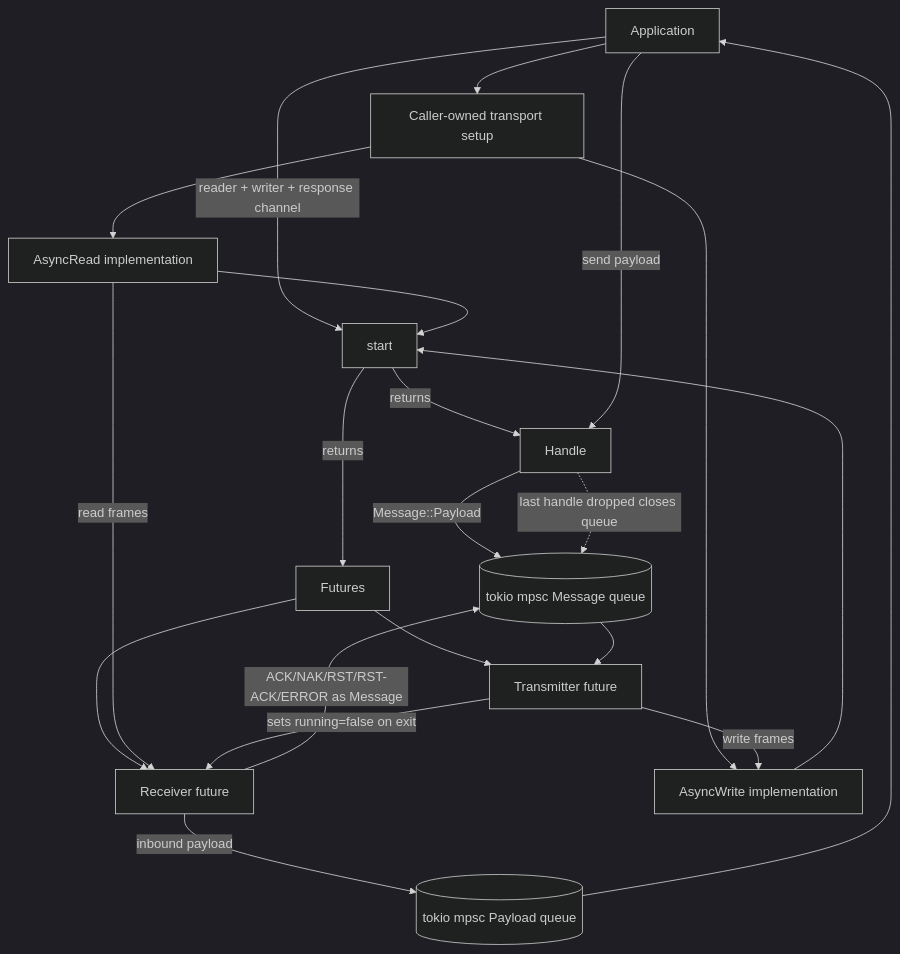
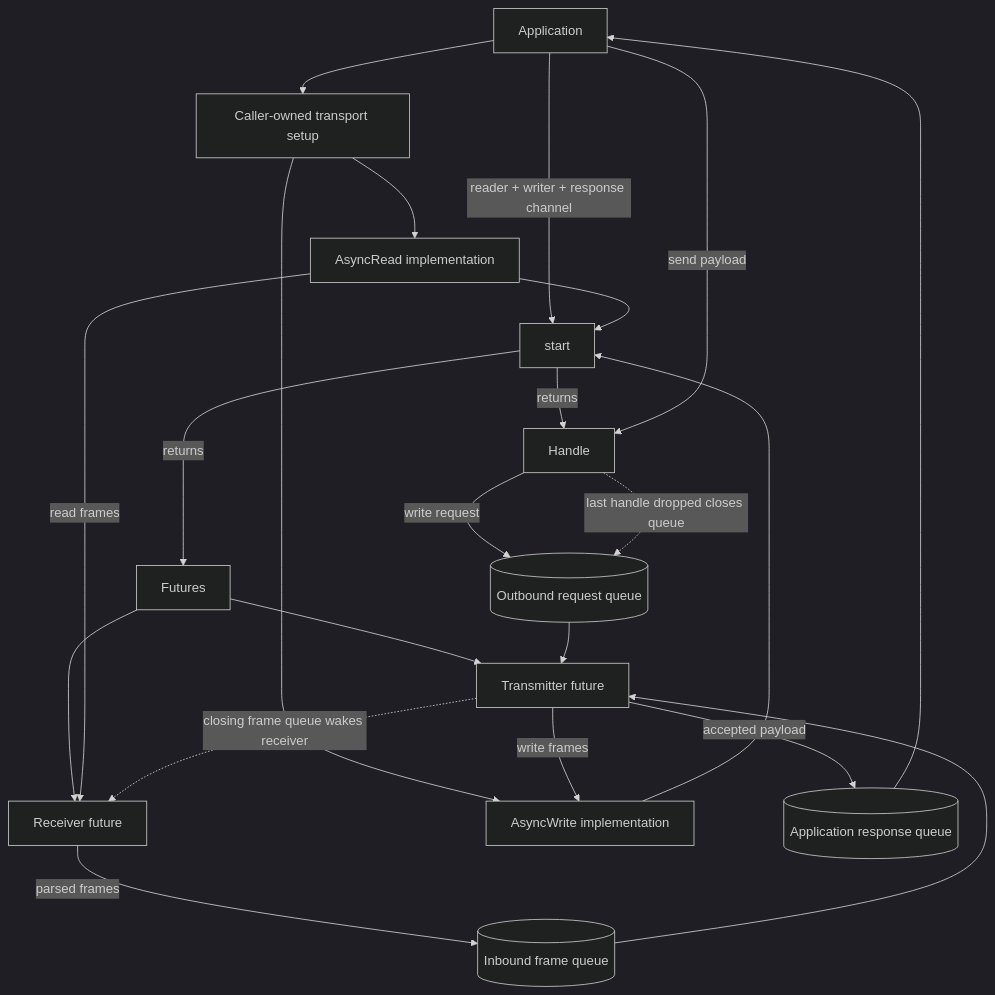
One commit to PaulmannLighting/ashv2 changed the first of 6 diagrams in ARCHITECTURE.md. Above: the diagram before and after it, drawn with Mermaid (dark theme). The commit also changed other lines of this file and 18 other files, not shown here.

````diff
--- a/ARCHITECTURE.md
+++ b/ARCHITECTURE.md
@@ -23,35 +24,37 @@
 ```mermaid
 flowchart TD
     App[Application]
     Transport[Caller-owned transport setup]
     Start[start]
     Handle[Handle]
     Futures[Futures]
     Tx[Transmitter future]
     Rx[Receiver future]
     Reader[AsyncRead implementation]
     Writer[AsyncWrite implementation]
-    MsgQ[(tokio mpsc Message queue)]
-    RespQ[(tokio mpsc Payload queue)]
+    MsgQ[(Outbound request queue)]
+    FrameQ[(Inbound frame queue)]
+    RespQ[(Application response queue)]
 
     App --> Transport
     Transport --> Reader
     Transport --> Writer
     App -->|reader + writer + response channel| Start
     Reader --> Start
     Writer --> Start
     Start -->|returns| Handle
     Start -->|returns| Futures
     Futures --> Tx
     Futures --> Rx
     App -->|send payload| Handle
-    Handle -->|Message::Payload| MsgQ
+    Handle -->|write request| MsgQ
     MsgQ --> Tx
     Tx -->|write frames| Writer
     Reader -->|read frames| Rx
-    Rx -->|inbound payload| RespQ
+    Tx -->|accepted payload| RespQ
     RespQ --> App
-    Rx -->|ACK/NAK/RST/RST-ACK/ERROR as Message| MsgQ
+    Rx -->|parsed frames| FrameQ
+    FrameQ --> Tx
     Handle -.->|last handle dropped closes queue| MsgQ
-    Tx -->|sets running=false on exit| Rx
+    Tx -.->|closing frame queue wakes receiver| Rx
 ```
````
